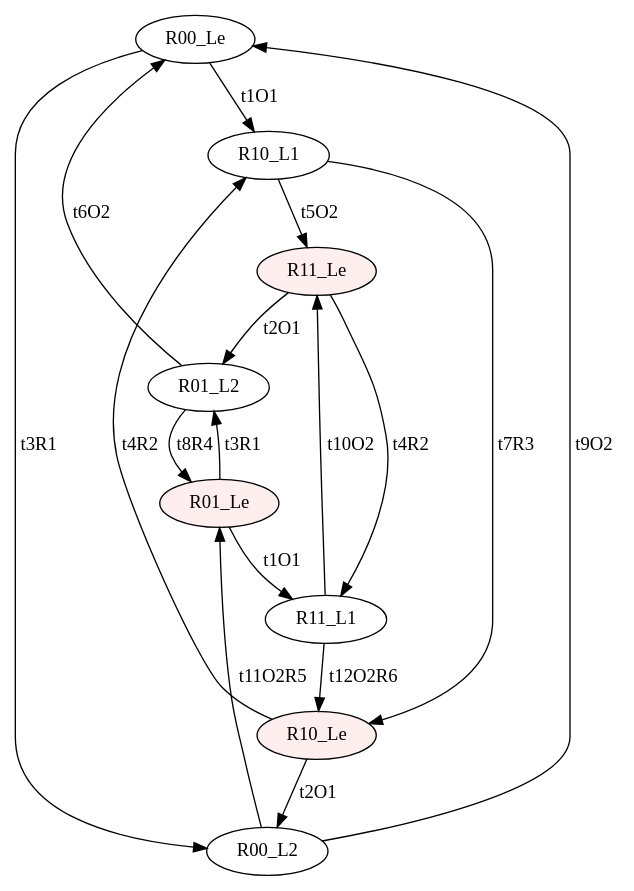
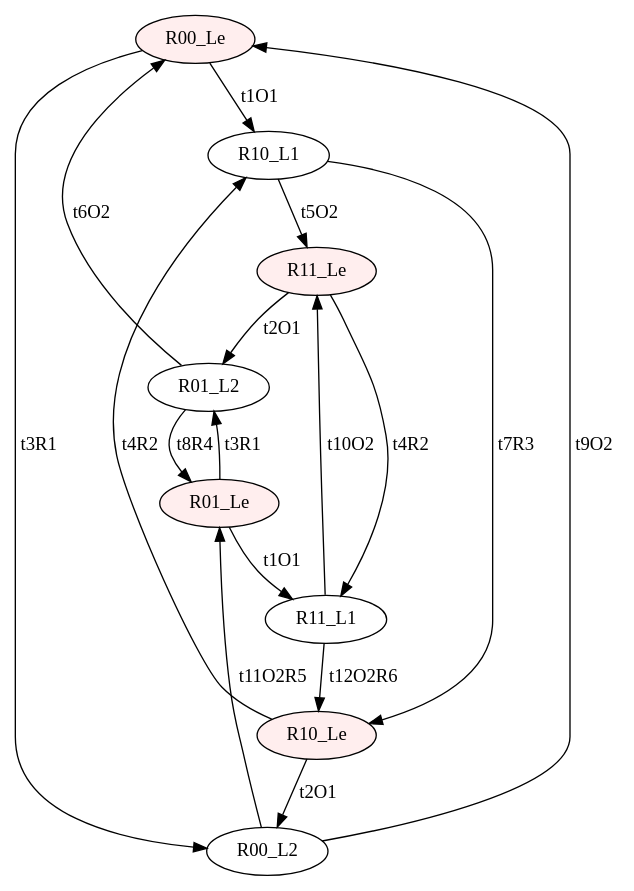
One commit to Stefano-BS/Explanatory-Diagnosis changed the diagram in input/s2_SC.dot. Above: the diagram before and after it, drawn with Graphviz. The commit also changed 30 other files, not shown here.

```diff
--- a/input/s2_SC.dot
+++ b/input/s2_SC.dot
@@ -1,26 +1,26 @@
 digraph "SCinput/s2" {
-node [fillcolor="#FFFFFF"]; R00_Le ;
+node [style=filled fillcolor="#FFEEEE"]; R00_Le ;
 node [fillcolor="#FFFFFF"]; R10_L1 ;
 node [style=filled fillcolor="#FFEEEE"]; R11_Le ;
 node [fillcolor="#FFFFFF"]; R01_L2 ;
 node [style=filled fillcolor="#FFEEEE"]; R01_Le ;
 node [fillcolor="#FFFFFF"]; R11_L1 ;
 node [style=filled fillcolor="#FFEEEE"]; R10_Le ;
 node [fillcolor="#FFFFFF"]; R00_L2 ;
 R00_Le -> R00_L2 [label=t3R1]
 R00_Le -> R10_L1 [label=t1O1]
 R10_L1 -> R10_Le [label=t7R3]
 R10_L1 -> R11_Le [label=t5O2]
 R11_Le -> R11_L1 [label=t4R2]
 R11_Le -> R01_L2 [label=t2O1]
 R01_L2 -> R01_Le [label=t8R4]
 R01_L2 -> R00_Le [label=t6O2]
 R01_Le -> R01_L2 [label=t3R1]
 R01_Le -> R11_L1 [label=t1O1]
 R11_L1 -> R10_Le [label=t12O2R6]
 R11_L1 -> R11_Le [label=t10O2]
 R10_Le -> R10_L1 [label=t4R2]
 R10_Le -> R00_L2 [label=t2O1]
 R00_L2 -> R01_Le [label=t11O2R5]
 R00_L2 -> R00_Le [label=t9O2]
 }
```
